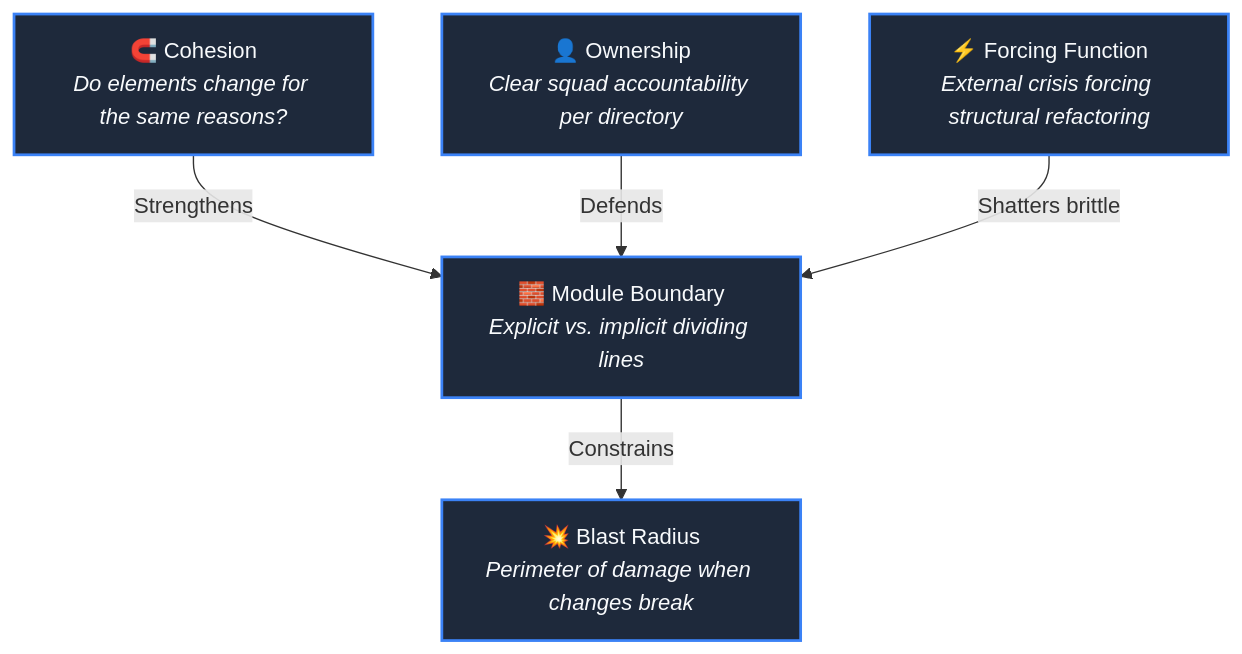
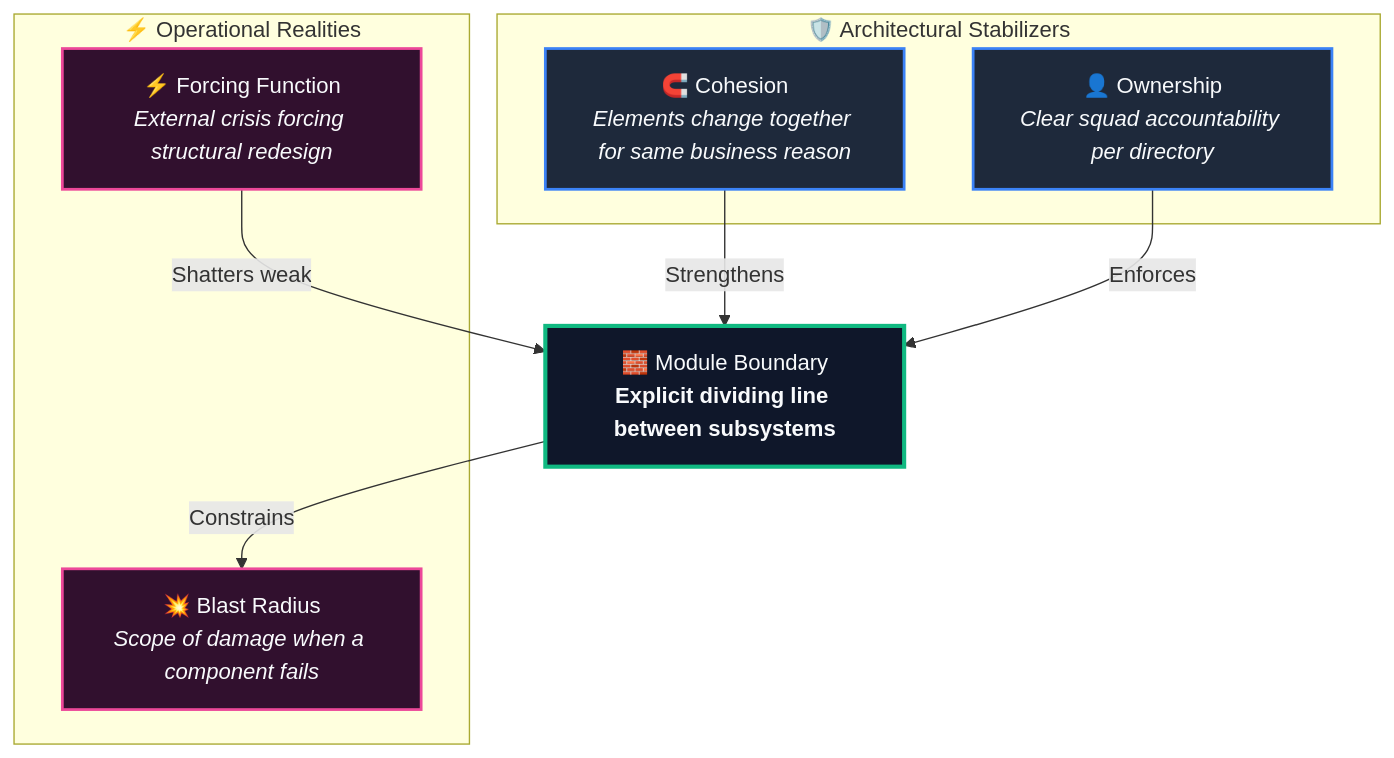
The ninth of 9 diagrams in 01-filestructure/articles/01-your-folder-structure-is-a-message.md (Dustu103/system-design), drawn with Mermaid before and after one commit. The commit also changed other lines of this file and 2 other files, not shown here.

Commit message:
style: optimize Mermaid diagrams with vertical hierarchy and large legible fonts

````diff
--- a/01-filestructure/articles/01-your-folder-structure-is-a-message.md
+++ b/01-filestructure/articles/01-your-folder-structure-is-a-message.md
@@ -254,16 +267,26 @@
 ```mermaid
 flowchart TD
-    MB["🧱 Module Boundary<br/><i>Explicit vs. implicit dividing lines</i>"]
-    BR["💥 Blast Radius<br/><i>Perimeter of damage when changes break</i>"]
-    CO["🧲 Cohesion<br/><i>Do elements change for the same reasons?</i>"]
-    OW["👤 Ownership<br/><i>Clear squad accountability per directory</i>"]
-    FF["⚡ Forcing Function<br/><i>External crisis forcing structural refactoring</i>"]
+    subgraph STABILIZERS["🛡️ Architectural Stabilizers"]
+        CO["🧲 Cohesion<br/><i>Elements change together for same business reason</i>"]
+        OW["👤 Ownership<br/><i>Clear squad accountability per directory</i>"]
+    end
 
+    MB["🧱 Module Boundary<br/><b>Explicit dividing line between subsystems</b>"]
+
+    subgraph FORCES["⚡ Operational Realities"]
+        BR["💥 Blast Radius<br/><i>Scope of damage when a component fails</i>"]
+        FF["⚡ Forcing Function<br/><i>External crisis forcing structural redesign</i>"]
+    end
+
+    CO -->|"Strengthens"| MB
+    OW -->|"Enforces"| MB
     MB -->|"Constrains"| BR
-    CO -->|"Strengthens"| MB
-    OW -->|"Defends"| MB
-    FF -->|"Shatters brittle"| MB
+    FF -->|"Shatters weak"| MB
 
     classDef core fill:#1e293b,stroke:#3b82f6,stroke-width:2px,color:#f8fafc;
-    class MB,BR,CO,OW,FF core;
+    classDef boundary fill:#0f172a,stroke:#10b981,stroke-width:3px,color:#f8fafc;
+    classDef force fill:#31102e,stroke:#ec4899,stroke-width:2px,color:#f8fafc;
+    class CO,OW core;
+    class MB boundary;
+    class BR,FF force;
 ```
````
